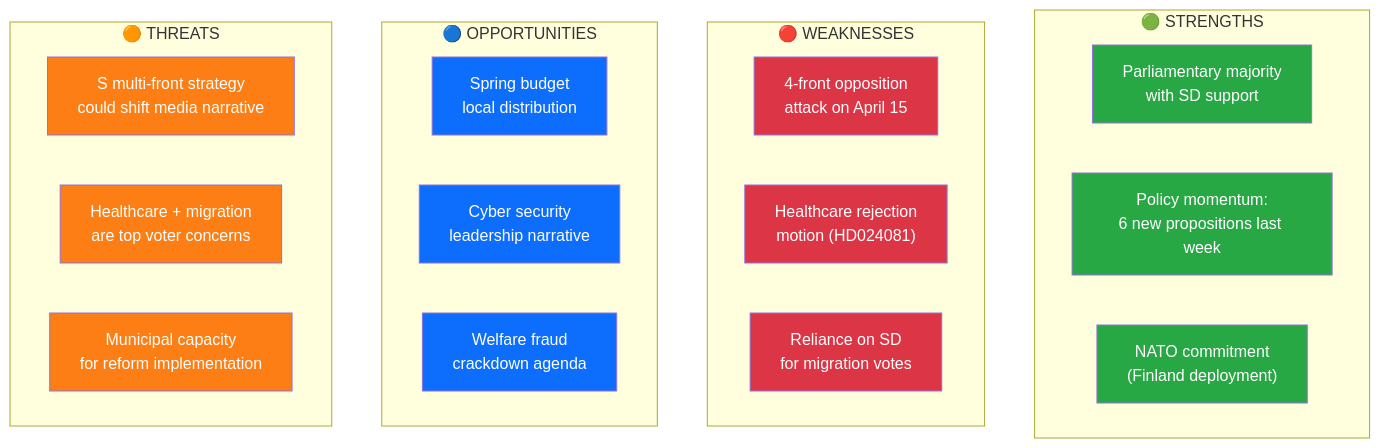
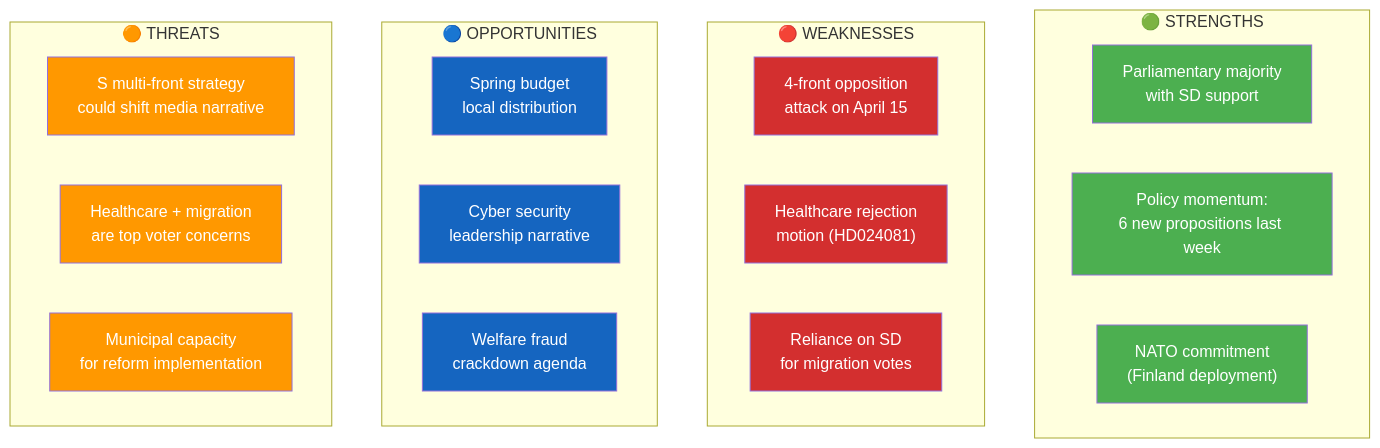
One commit to Hack23/riksdagsmonitor changed the diagram in analysis/daily/2026-04-15/realtime-0954/swot-analysis.md. Above: the diagram before and after it, drawn with Mermaid. The commit also changed 785 other files, not shown here.

First line of the commit message:
Normalize mermaid colors across 786 analysis artifacts to ISMS Style Guide palette

````diff
--- a/analysis/daily/2026-04-15/realtime-0954/swot-analysis.md
+++ b/analysis/daily/2026-04-15/realtime-0954/swot-analysis.md
@@ -26,39 +26,39 @@
 ```mermaid
 graph TD
     subgraph "🟢 STRENGTHS"
         S1["Parliamentary majority<br/>with SD support"]
         S2["Policy momentum:<br/>6 new propositions last week"]
         S3["NATO commitment<br/>(Finland deployment)"]
     end
 
     subgraph "🔴 WEAKNESSES"
         W1["4-front opposition<br/>attack on April 15"]
         W2["Healthcare rejection<br/>motion (HD024081)"]
         W3["Reliance on SD<br/>for migration votes"]
     end
 
     subgraph "🔵 OPPORTUNITIES"
         O1["Spring budget<br/>local distribution"]
         O2["Cyber security<br/>leadership narrative"]
         O3["Welfare fraud<br/>crackdown agenda"]
     end
 
     subgraph "🟠 THREATS"
         T1["S multi-front strategy<br/>could shift media narrative"]
         T2["Healthcare + migration<br/>are top voter concerns"]
         T3["Municipal capacity<br/>for reform implementation"]
     end
 
-    style S1 fill:#28a745,color:#fff
-    style S2 fill:#28a745,color:#fff
-    style S3 fill:#28a745,color:#fff
-    style W1 fill:#dc3545,color:#fff
-    style W2 fill:#dc3545,color:#fff
-    style W3 fill:#dc3545,color:#fff
-    style O1 fill:#0d6efd,color:#fff
-    style O2 fill:#0d6efd,color:#fff
-    style O3 fill:#0d6efd,color:#fff
-    style T1 fill:#fd7e14,color:#fff
-    style T2 fill:#fd7e14,color:#fff
-    style T3 fill:#fd7e14,color:#fff
+    style S1 fill:#4CAF50,color:#FFFFFF
+    style S2 fill:#4CAF50,color:#FFFFFF
+    style S3 fill:#4CAF50,color:#FFFFFF
+    style W1 fill:#D32F2F,color:#FFFFFF
+    style W2 fill:#D32F2F,color:#FFFFFF
+    style W3 fill:#D32F2F,color:#FFFFFF
+    style O1 fill:#1565C0,color:#FFFFFF
+    style O2 fill:#1565C0,color:#FFFFFF
+    style O3 fill:#1565C0,color:#FFFFFF
+    style T1 fill:#FF9800,color:#FFFFFF
+    style T2 fill:#FF9800,color:#FFFFFF
+    style T3 fill:#FF9800,color:#FFFFFF
 ```
````
